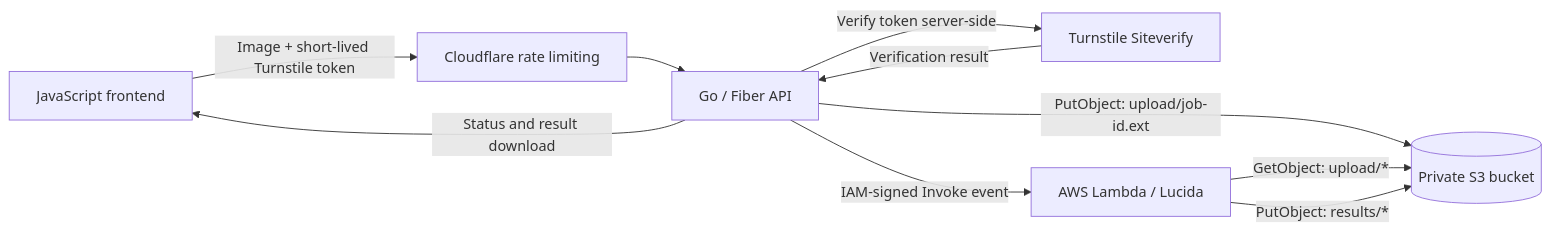
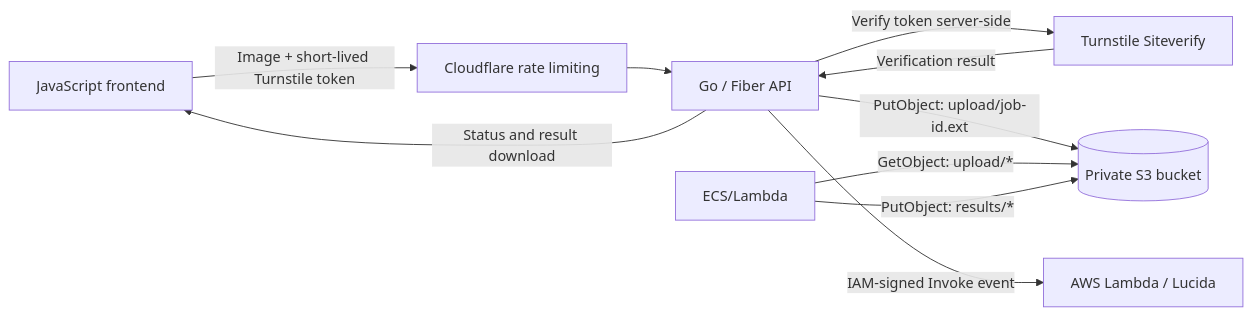
One commit to lattebbrook/void-remover changed the diagram in README.md. Above: the diagram before and after it, drawn with Mermaid.

Commit message:
fix: change explore stack
change explore stack from exclusively lambda --> ecs

````diff
--- a/README.md
+++ b/README.md
@@ -10,19 +10,19 @@
 ```mermaid
 flowchart LR
     Browser["JavaScript frontend"]
     Cloudflare["Cloudflare rate limiting"]
     API["Go / Fiber API"]
     Turnstile["Turnstile Siteverify"]
     S3[("Private S3 bucket")]
     Lambda["AWS Lambda / Lucida"]
 
     Browser -->|"Image + short-lived Turnstile token"| Cloudflare
     Cloudflare --> API
     API -->|"Verify token server-side"| Turnstile
     Turnstile -->|"Verification result"| API
     API -->|"PutObject: upload/job-id.ext"| S3
     API -->|"IAM-signed Invoke event"| Lambda
-    Lambda -->|"GetObject: upload/*"| S3
-    Lambda -->|"PutObject: results/*"| S3
+    ECS/Lambda -->|"GetObject: upload/*"| S3
+    ECS/Lambda -->|"PutObject: results/*"| S3
     API -->|"Status and result download"| Browser
 ```
````
